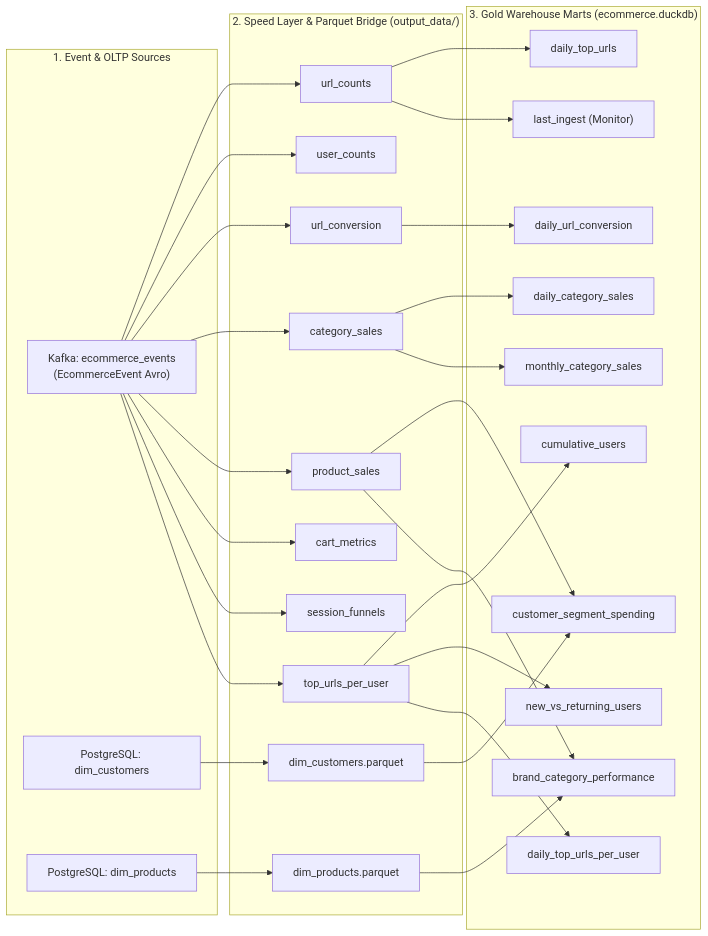
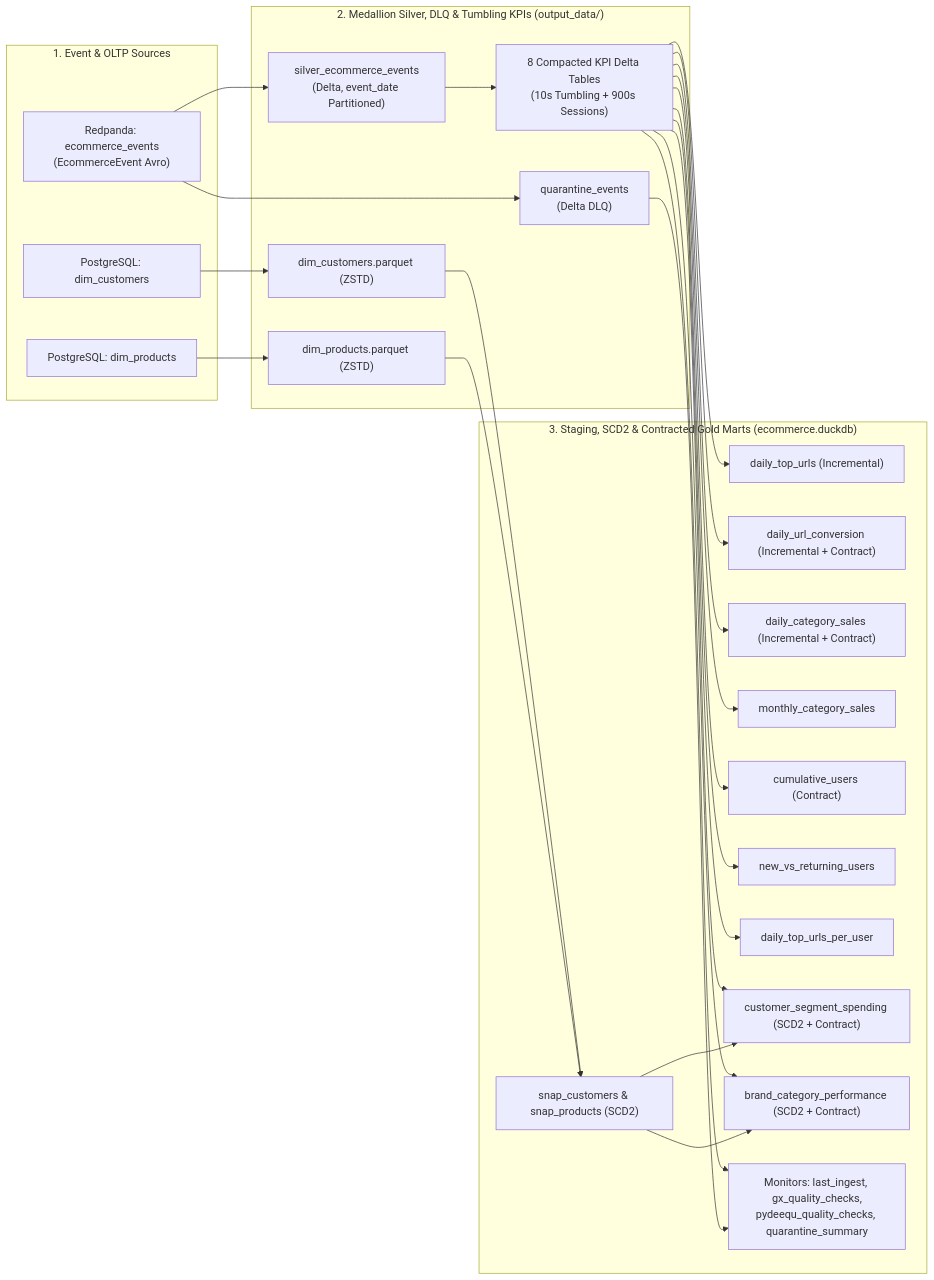
Before and after one commit to JayKay24/data-engineering: the diagram in docs/wiki/Data-Catalog-and-Lineage.md, drawn with Mermaid. The commit also changed other lines of this file and 77 other files, not shown here.

Commit message:
feat(ecommerce): modernize pipeline to Medallion Lakehouse with Redpanda, WAP DuckDB, SCD2, Cosmos & CI

````diff
--- a/docs/wiki/Data-Catalog-and-Lineage.md
+++ b/docs/wiki/Data-Catalog-and-Lineage.md
@@ -11,46 +11,39 @@
 ```mermaid
 flowchart LR
   subgraph Ingress ["1. Event & OLTP Sources"]
-    Avro["Kafka: ecommerce_events<br/>(EcommerceEvent Avro)"]
+    Avro["Redpanda: ecommerce_events<br/>(EcommerceEvent Avro)"]
     PG_C["PostgreSQL: dim_customers"]
     PG_P["PostgreSQL: dim_products"]
   end
 
-  subgraph BronzeSilver ["2. Speed Layer & Parquet Bridge (output_data/)"]
-    S1["url_counts"]
-    S2["user_counts"]
-    S3["url_conversion"]
-    S4["category_sales"]
-    S5["product_sales"]
-    S6["cart_metrics"]
-    S7["session_funnels"]
-    S8["top_urls_per_user"]
-    P_C["dim_customers.parquet"]
-    P_P["dim_products.parquet"]
+  subgraph SilverDLQ ["2. Medallion Silver, DLQ & Tumbling KPIs (output_data/)"]
+    SILVER["silver_ecommerce_events<br/>(Delta, event_date Partitioned)"]
+    DLQ["quarantine_events<br/>(Delta DLQ)"]
+    KPIS["8 Compacted KPI Delta Tables<br/>(10s Tumbling + 900s Sessions)"]
+    P_C["dim_customers.parquet (ZSTD)"]
+    P_P["dim_products.parquet (ZSTD)"]
   end
 
-  subgraph Gold ["3. Gold Warehouse Marts (ecommerce.duckdb)"]
-    M1["daily_top_urls"]
-    M2["daily_url_conversion"]
-    M3["daily_category_sales"]
+  subgraph Gold ["3. Staging, SCD2 & Contracted Gold Marts (ecommerce.duckdb)"]
+    SNAP["snap_customers & snap_products (SCD2)"]
+    M1["daily_top_urls (Incremental)"]
+    M2["daily_url_conversion (Incremental + Contract)"]
+    M3["daily_category_sales (Incremental + Contract)"]
     M4["monthly_category_sales"]
-    M5["cumulative_users"]
+    M5["cumulative_users (Contract)"]
     M6["new_vs_returning_users"]
     M7["daily_top_urls_per_user"]
-    M8["customer_segment_spending"]
-    M9["brand_category_performance"]
-    MON["last_ingest (Monitor)"]
+    M8["customer_segment_spending (SCD2 + Contract)"]
+    M9["brand_category_performance (SCD2 + Contract)"]
+    MON["Monitors: last_ingest, gx_quality_checks,<br/>pydeequ_quality_checks, quarantine_summary"]
   end
 
-  Avro --> S1 & S2 & S3 & S4 & S5 & S6 & S7 & S8
-  PG_C --> P_C
-  PG_P --> P_P
+  Avro --> SILVER & DLQ
+  SILVER --> KPIS
+  PG_C --> P_C --> SNAP
+  PG_P --> P_P --> SNAP
 
-  S1 --> M1 & MON
-  S3 --> M2
-  S4 --> M3 & M4
-  S8 --> M5 & M6 & M7
-  S5 --> M8 & M9
-  P_C --> M8
-  P_P --> M9
+  KPIS --> M1 & M2 & M3 & M4 & M5 & M6 & M7 & M8 & M9 & MON
+  SNAP --> M8 & M9
+  DLQ --> MON
 ```
````
